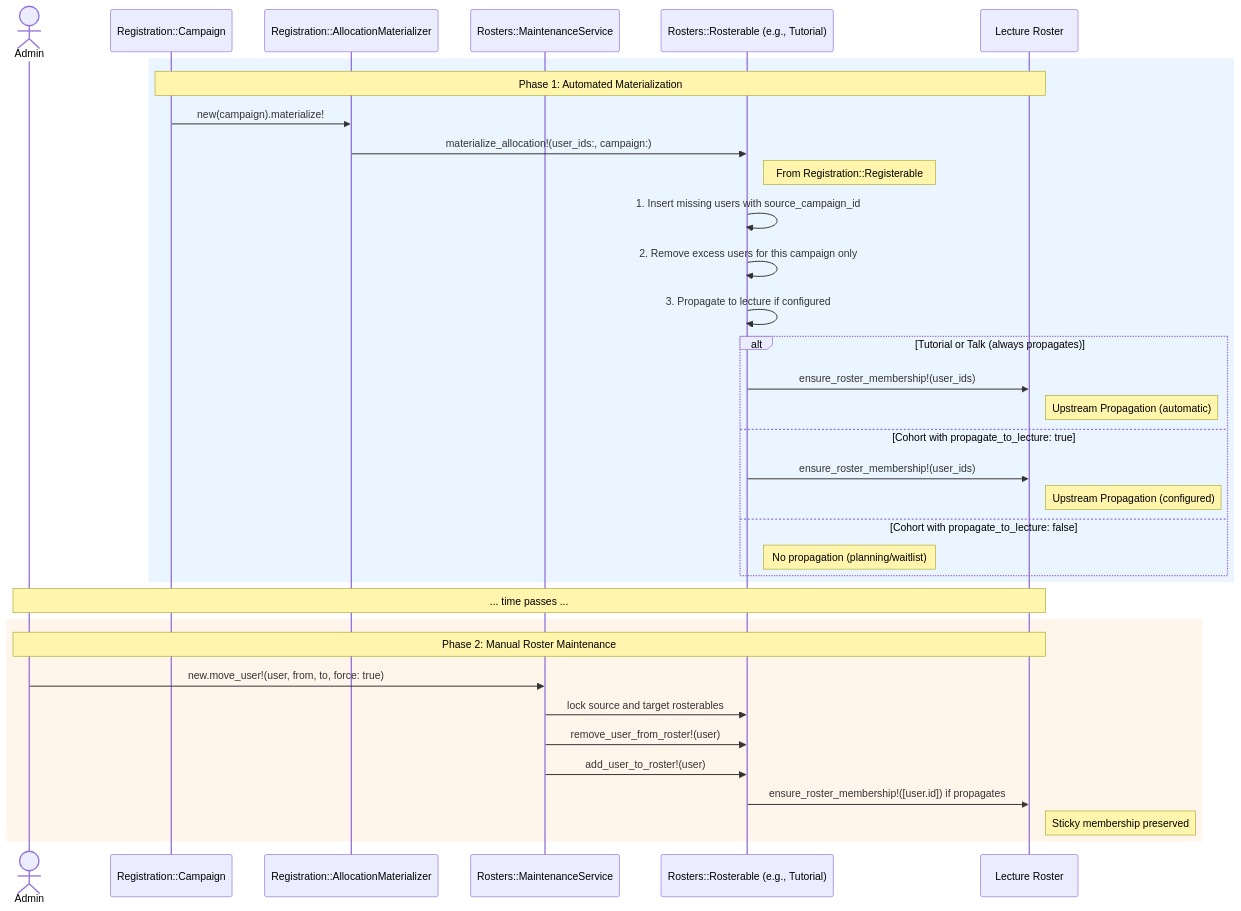
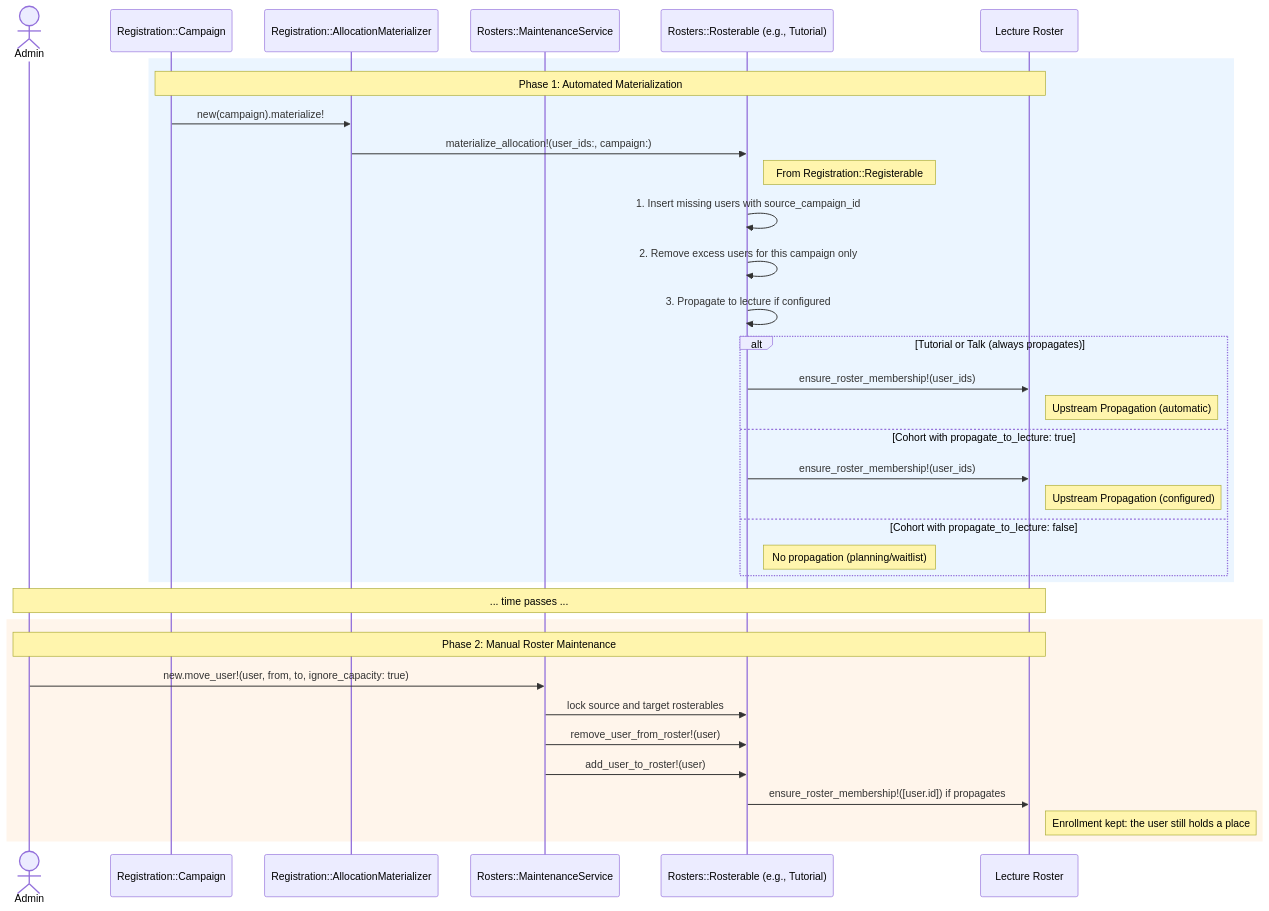
One commit to MaMpf-HD/mampf changed the second of 2 diagrams in architecture/src/features/03-rosters.md. Above: the diagram before and after it, drawn with Mermaid. The commit also changed other lines of this file and 2 other files, not shown here.

First line of the commit message:
Describe enrollment by places in the architecture book instead of sticky membership

````diff
--- a/architecture/src/features/03-rosters.md
+++ b/architecture/src/features/03-rosters.md
@@ -554,41 +557,41 @@
 ```mermaid
 sequenceDiagram
     actor Admin
     participant Campaign as Registration::Campaign
     participant Materializer as Registration::AllocationMaterializer
     participant RosterService as Rosters::MaintenanceService
     participant SubGroup as Rosters::Rosterable (e.g., Tutorial)
     participant Lecture as Lecture Roster
 
     rect rgb(235, 245, 255)
     note over Campaign,Lecture: Phase 1: Automated Materialization
     Campaign->>Materializer: new(campaign).materialize!
     Materializer->>SubGroup: materialize_allocation!(user_ids:, campaign:)
     note right of SubGroup: From Registration::Registerable
     SubGroup->>SubGroup: 1. Insert missing users with source_campaign_id
     SubGroup->>SubGroup: 2. Remove excess users for this campaign only
     SubGroup->>SubGroup: 3. Propagate to lecture if configured
 
     alt Tutorial or Talk (always propagates)
       SubGroup->>Lecture: ensure_roster_membership!(user_ids)
         note right of Lecture: Upstream Propagation (automatic)
     else Cohort with propagate_to_lecture: true
       SubGroup->>Lecture: ensure_roster_membership!(user_ids)
         note right of Lecture: Upstream Propagation (configured)
     else Cohort with propagate_to_lecture: false
         note right of SubGroup: No propagation (planning/waitlist)
     end
     end
 
     note over Admin, Lecture: ... time passes ...
 
     rect rgb(255, 245, 235)
     note over Admin,Lecture: Phase 2: Manual Roster Maintenance
-    Admin->>RosterService: new.move_user!(user, from, to, force: true)
+    Admin->>RosterService: new.move_user!(user, from, to, ignore_capacity: true)
     RosterService->>SubGroup: lock source and target rosterables
     RosterService->>SubGroup: remove_user_from_roster!(user)
     RosterService->>SubGroup: add_user_to_roster!(user)
     SubGroup->>Lecture: ensure_roster_membership!([user.id]) if propagates
-    note right of Lecture: Sticky membership preserved
+    note right of Lecture: Enrollment kept: the user still holds a place
     end
 ```
````
